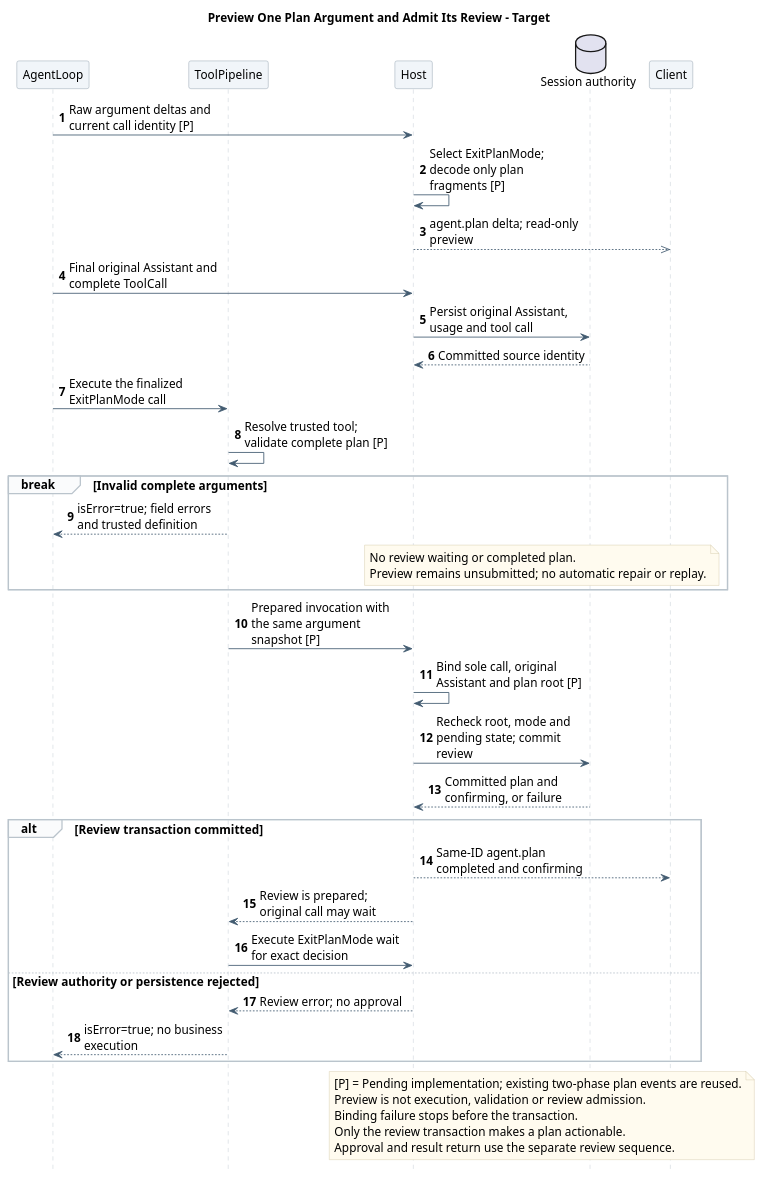
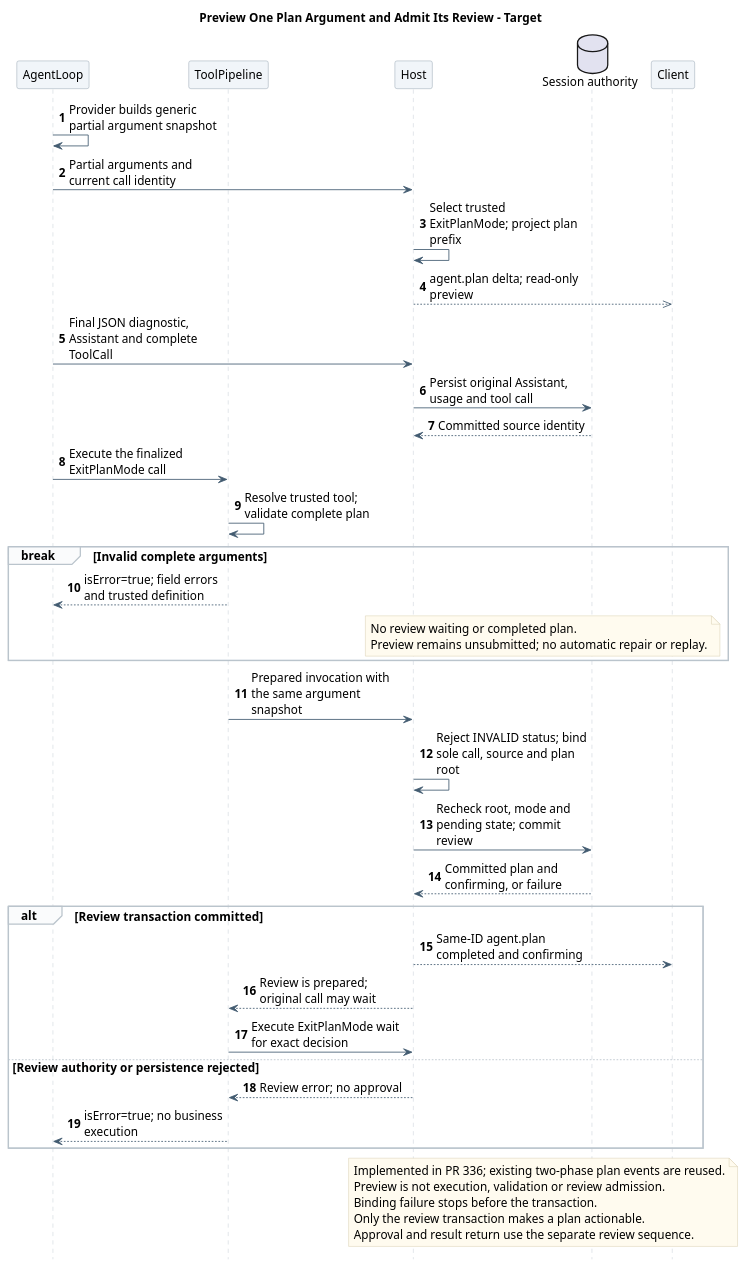
One commit to ssm0808/pi-mono-java-design changed the seventh of 7 diagrams in 01-总体架构/06-CampusClaw计划模式/diagram.puml. Above: the diagram before and after it, drawn with PlantUML. The commit also changed other lines of this file and 22 other files, not shown here.

```diff
--- a/01-总体架构/06-CampusClaw计划模式/diagram.puml
+++ b/01-总体架构/06-CampusClaw计划模式/diagram.puml
@@ -655,71 +660,73 @@
 @startuml plan_streaming_sequence
-' Source baseline checked 2026-09-28: pi-mono-java 553dcd5e2ff682f9684810a043b442b37a02e54a.
+' Source baseline checked 2026-10-09: pi-mono-java a1e6450427abeabaa1af04d5964f371dbbf4cf68 (PR 336).
 ' Source: modules/ai/src/main/java/com/campusclaw/ai/stream/AssistantMessageEvent.java :: ToolCallDeltaEvent.
 ' Source: modules/ai/src/main/java/com/campusclaw/ai/provider/mate/MateChatSseParser.java :: appendToolCall, startTool, finishTools.
-' Observed behavior: Provider raw argument deltas are implemented; Mate partial id/name need a pending identity fix.
+' Observed behavior: Provider publishes immutable generic partial arguments, current identity and final JSON diagnostics.
 ' Source: modules/agent-core/src/main/java/com/campusclaw/agent/loop/AgentLoop.java :: runTurns, runToolPhase.
 ' Source: modules/agent-core/src/main/java/com/campusclaw/agent/tool/ToolExecutionPipeline.java :: validate, prepare, applyBeforeHook.
 ' Source: modules/coding-agent-cli/src/main/java/com/campusclaw/codingagent/runtimeapi/event/RuntimeEventProjector.java :: projectMessageUpdate, persistAssistant, beginPlanReview.
 ' Source: modules/coding-agent-cli/src/main/java/com/campusclaw/codingagent/runtimeapi/event/PlanProposalBinder.java :: bind.
-' Observed behavior: the current Java reads text markers and accepts empty ExitPlanMode arguments.
+' Source: modules/ai/src/main/java/com/campusclaw/ai/util/StreamingJsonParser.java :: accept, arguments.
+' Observed behavior: full arguments are parsed independently; preview cannot become execution input.
 ' Design reason: preview decoded plan arguments while full validation and durable review stay separate.
-' Pending implementation: required plan schema, PlanArgumentPreviewParser, PlanArgumentSnapshotDTO and argument binding.
+' Observed behavior: required plan, PlanArgumentSnapshotDTO and argument binding are implemented in PR 336.
 ' Presentation: one response from Provider deltas to review admission; approval is a separate sequence.
 skinparam backgroundColor white
 skinparam defaultFontName SansSerif
 skinparam defaultFontSize 14
 skinparam shadowing false
 skinparam sequenceMessageAlign left
 skinparam maxMessageSize 180
 skinparam sequenceArrowColor #425B70
 skinparam sequenceLifeLineBorderColor #BAC4CC
 skinparam sequenceParticipantBackgroundColor #F1F5F9
 skinparam sequenceParticipantBorderColor #8496A4
 skinparam sequenceGroupBackgroundColor #FAFBFC
 skinparam sequenceGroupBorderColor #BAC4CC
 skinparam noteBackgroundColor #FFFBEF
 skinparam noteBorderColor #D2C6A5
 hide footbox
 autonumber
 
 title Preview One Plan Argument and Admit Its Review - Target
 participant AgentLoop as Loop
 participant ToolPipeline as Pipeline
 participant Host
 database "Session authority" as Session
 participant Client
-Loop -> Host : Raw argument deltas and current call identity [P]
-Host -> Host : Select ExitPlanMode; decode only plan fragments [P]
+Loop -> Loop : Provider builds generic partial argument snapshot
+Loop -> Host : Partial arguments and current call identity
+Host -> Host : Select trusted ExitPlanMode; project plan prefix
 Host -->> Client : agent.plan delta; read-only preview
-Loop -> Host : Final original Assistant and complete ToolCall
+Loop -> Host : Final JSON diagnostic, Assistant and complete ToolCall
 Host -> Session : Persist original Assistant, usage and tool call
 Session --> Host : Committed source identity
 Loop -> Pipeline : Execute the finalized ExitPlanMode call
-Pipeline -> Pipeline : Resolve trusted tool; validate complete plan [P]
+Pipeline -> Pipeline : Resolve trusted tool; validate complete plan
 break Invalid complete arguments
   Pipeline --> Loop : isError=true; field errors and trusted definition
   note over Host,Client
     No review waiting or completed plan.
     Preview remains unsubmitted; no automatic repair or replay.
   end note
 end
-Pipeline -> Host : Prepared invocation with the same argument snapshot [P]
-  Host -> Host : Bind sole call, original Assistant and plan root [P]
+Pipeline -> Host : Prepared invocation with the same argument snapshot
+  Host -> Host : Reject INVALID status; bind sole call, source and plan root
   Host -> Session : Recheck root, mode and pending state; commit review
   Session --> Host : Committed plan and confirming, or failure
   alt Review transaction committed
     Host --> Client : Same-ID agent.plan completed and confirming
     Host --> Pipeline : Review is prepared; original call may wait
     Pipeline -> Host : Execute ExitPlanMode wait for exact decision
   else Review authority or persistence rejected
     Host --> Pipeline : Review error; no approval
     Pipeline --> Loop : isError=true; no business execution
   end
 note over Host,Client
-  [P] = Pending implementation; existing two-phase plan events are reused.
+  Implemented in PR 336; existing two-phase plan events are reused.
   Preview is not execution, validation or review admission.
   Binding failure stops before the transaction.
   Only the review transaction makes a plan actionable.
   Approval and result return use the separate review sequence.
 end note
 @enduml
```
